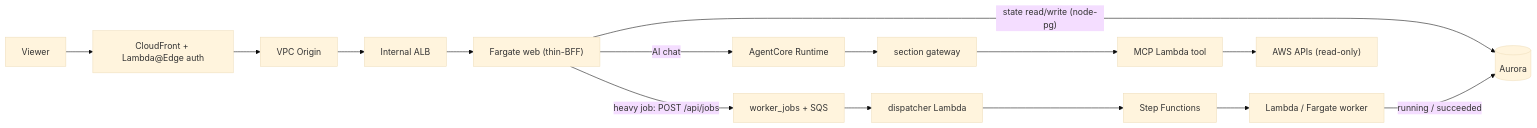
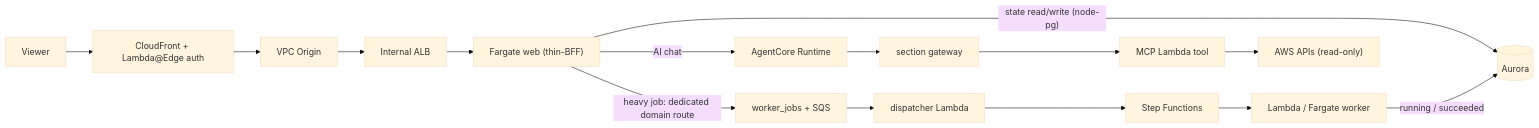
The second of 2 diagrams in docs/architecture.md (Atom-oh/awsops), drawn with Mermaid (base theme) before and after one commit. The commit also changed other lines of this file and 8 other files, not shown here.

````diff
--- a/docs/architecture.md
+++ b/docs/architecture.md
@@ -95,17 +90,17 @@
 ```mermaid
 flowchart LR
   U["Viewer"] --> CF["CloudFront + Lambda@Edge auth"]
   CF --> VO["VPC Origin"]
   VO --> ALB["Internal ALB"]
   ALB --> W["Fargate web (thin-BFF)"]
   W -->|"state read/write (node-pg)"| AUR[("Aurora")]
-  W -->|"heavy job: POST /api/jobs"| Q["worker_jobs + SQS"]
+  W -->|"heavy job: dedicated domain route"| Q["worker_jobs + SQS"]
   Q --> D["dispatcher Lambda"]
   D --> S["Step Functions"]
   S --> WK["Lambda / Fargate worker"]
   WK -->|"running / succeeded"| AUR
   W -->|"AI chat"| RT["AgentCore Runtime"]
   RT --> GW["section gateway"]
   GW --> T["MCP Lambda tool"]
   T --> API["AWS APIs (read-only)"]
 ```
````
